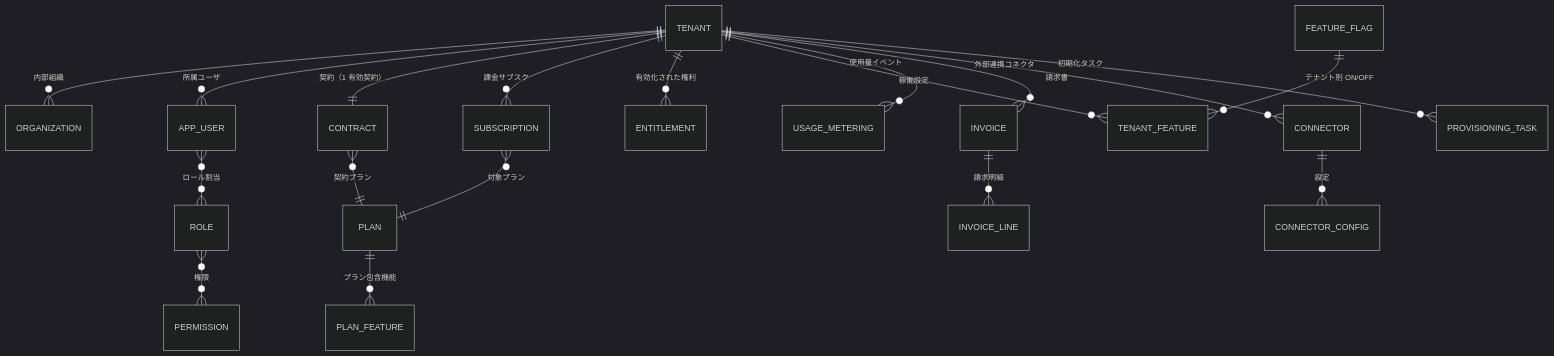
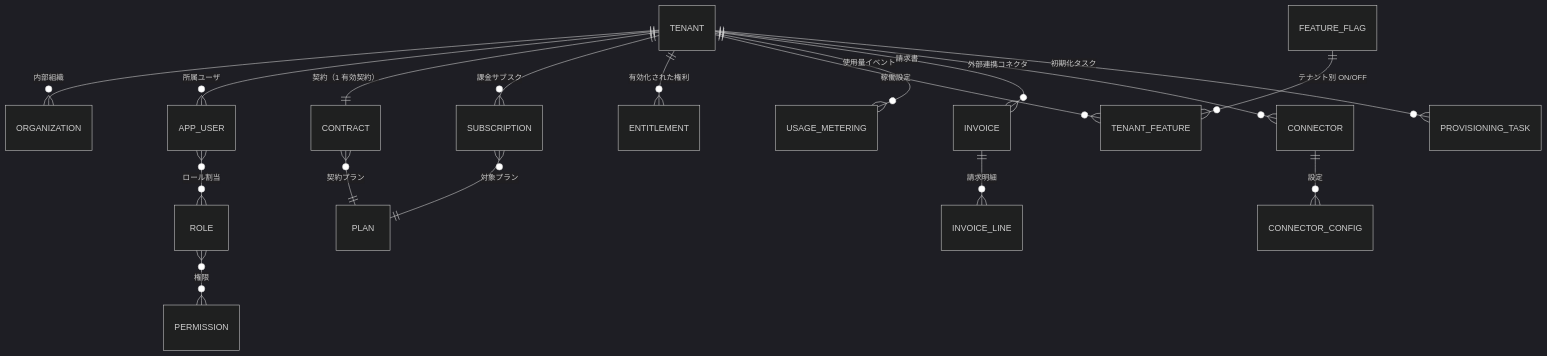
The second of 9 diagrams in docs/platform-design/basic-design/09-service-backoffice.md (TSUNAGUBA/akebono-honshu), drawn with Mermaid (dark theme) before and after one commit. The commit also changed other lines of this file and 30 other files, not shown here.

````diff
--- a/docs/platform-design/basic-design/09-service-backoffice.md
+++ b/docs/platform-design/basic-design/09-service-backoffice.md
@@ -99,21 +99,20 @@
 ```mermaid
 erDiagram
     TENANT ||--o{ ORGANIZATION : "内部組織"
     TENANT ||--o{ APP_USER : "所属ユーザ"
     TENANT ||--|| CONTRACT : "契約（1 有効契約）"
     CONTRACT }o--|| PLAN : "契約プラン"
-    PLAN ||--o{ PLAN_FEATURE : "プラン包含機能"
     TENANT ||--o{ SUBSCRIPTION : "課金サブスク"
     SUBSCRIPTION }o--|| PLAN : "対象プラン"
     TENANT ||--o{ ENTITLEMENT : "有効化された権利"
     FEATURE_FLAG ||--o{ TENANT_FEATURE : "テナント別 ON/OFF"
     TENANT ||--o{ TENANT_FEATURE : "稼働設定"
     TENANT ||--o{ USAGE_METERING : "使用量イベント"
     TENANT ||--o{ INVOICE : "請求書"
     INVOICE ||--o{ INVOICE_LINE : "請求明細"
     APP_USER }o--o{ ROLE : "ロール割当"
     ROLE }o--o{ PERMISSION : "権限"
     TENANT ||--o{ CONNECTOR : "外部連携コネクタ"
     CONNECTOR ||--o{ CONNECTOR_CONFIG : "設定"
     TENANT ||--o{ PROVISIONING_TASK : "初期化タスク"
 ```
````
